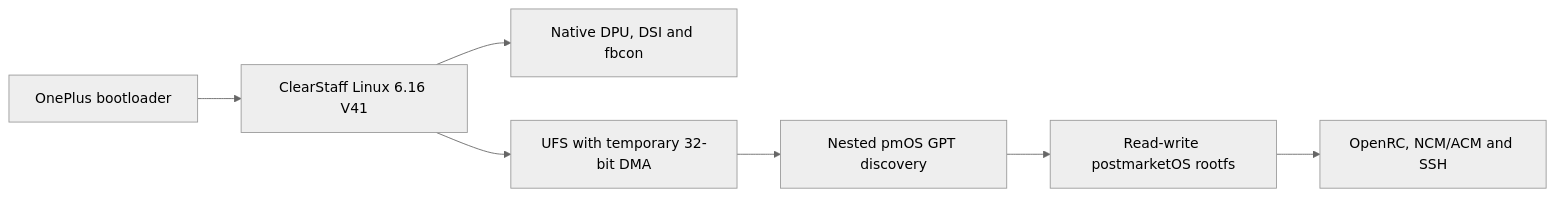
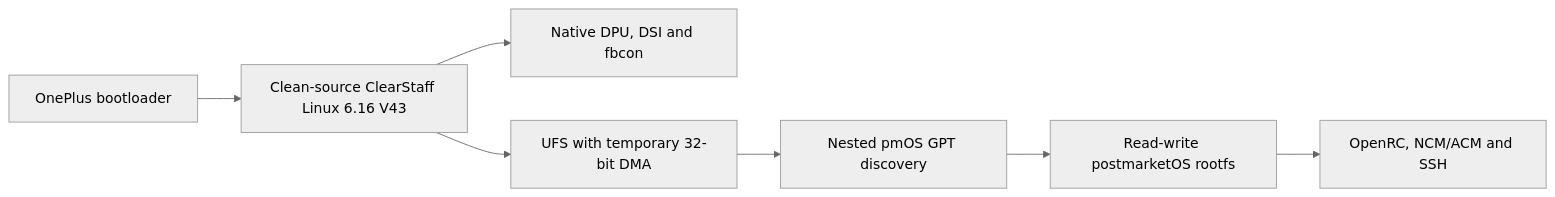
Before and after one commit to Sr-0w/hotdog-linux-bringup: the diagram in README.md, drawn with Mermaid (neutral theme). The commit also changed other lines of this file and 2 other files, not shown here.

````diff
--- a/README.md
+++ b/README.md
@@ -93,9 +99,9 @@
 ```mermaid
 flowchart LR
-    A["OnePlus bootloader"] --> B["ClearStaff Linux 6.16 V41"]
+    A["OnePlus bootloader"] --> B["Clean-source ClearStaff Linux 6.16 V43"]
     B --> C["Native DPU, DSI and fbcon"]
     B --> D["UFS with temporary 32-bit DMA"]
     D --> E["Nested pmOS GPT discovery"]
     E --> F["Read-write postmarketOS rootfs"]
     F --> G["OpenRC, NCM/ACM and SSH"]
 ```
````
